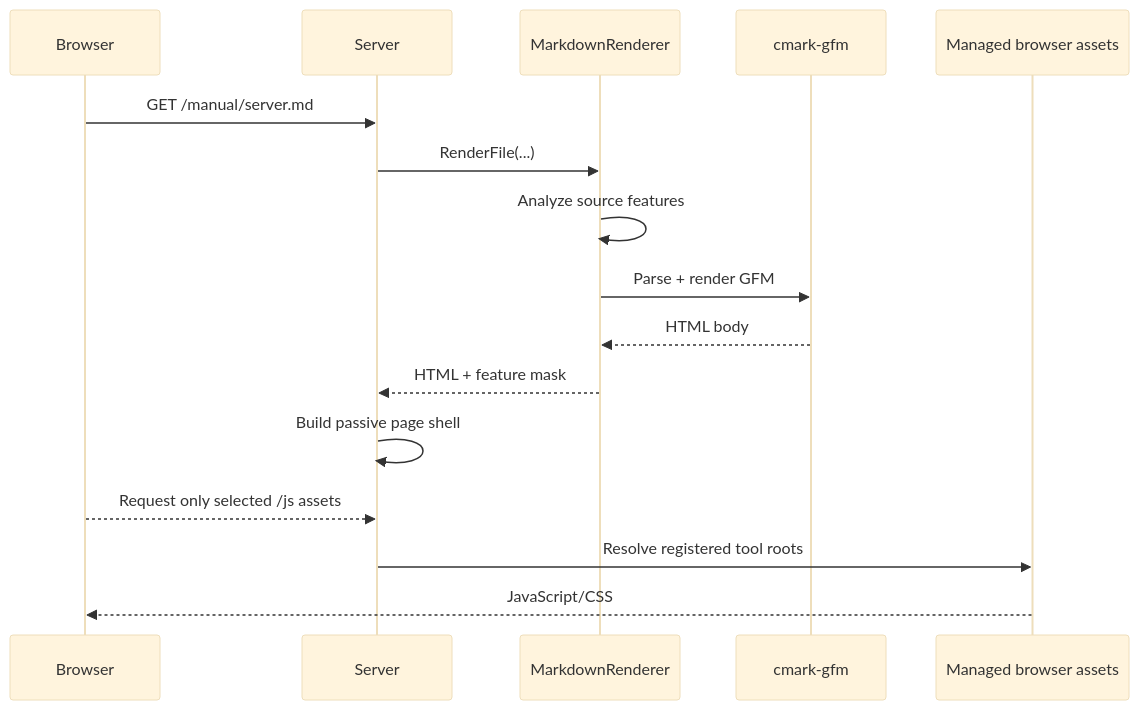
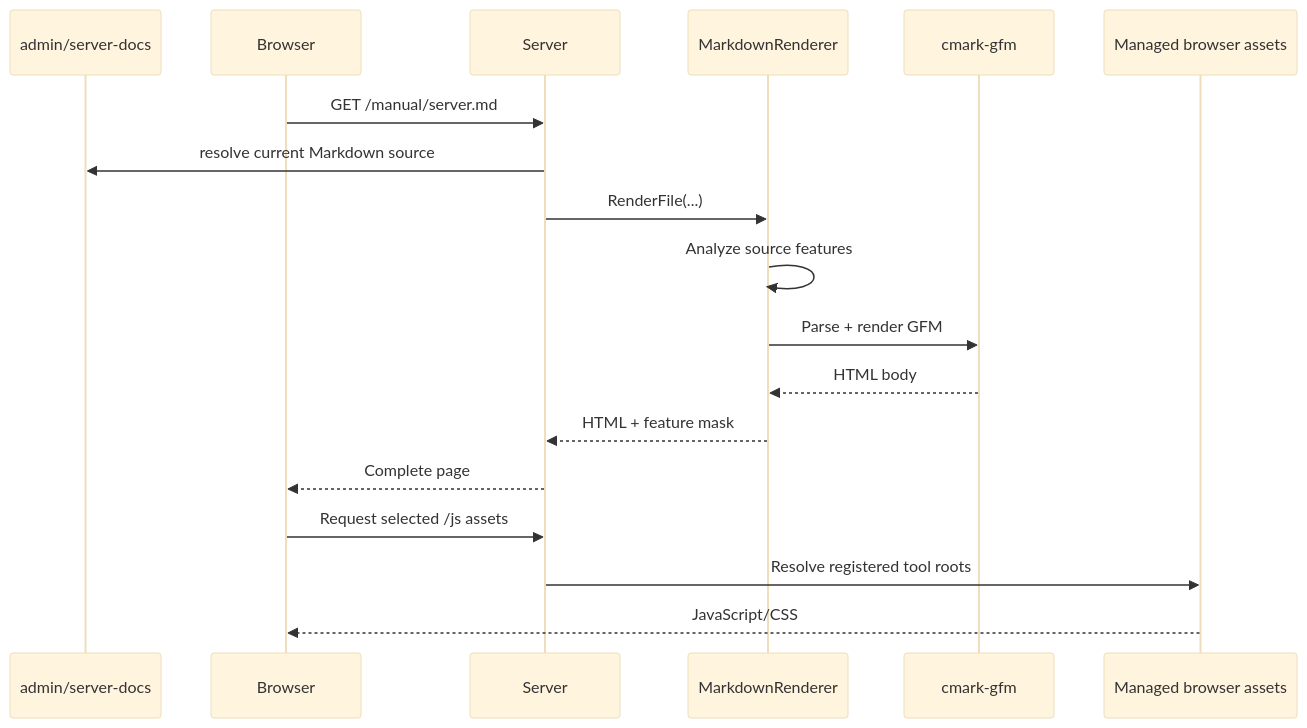
The second of 2 diagrams in admin/server-docs/server.md (adeccscholar/BuildEngine-Admin), drawn with Mermaid (base theme) before and after one commit. The commit also changed other lines of this file, not shown here.

Commit message:
Refine server documentation and live Markdown model

````diff
--- a/admin/server-docs/server.md
+++ b/admin/server-docs/server.md
@@ -159,19 +146,21 @@
 ```mermaid
 sequenceDiagram
+   participant Admin as admin/server-docs
    participant Browser
    participant Server
    participant Renderer as MarkdownRenderer
    participant CMark as cmark-gfm
    participant Assets as Managed browser assets
 
    Browser->>Server: GET /manual/server.md
+   Server->>Admin: resolve current Markdown source
    Server->>Renderer: RenderFile(...)
    Renderer->>Renderer: Analyze source features
    Renderer->>CMark: Parse + render GFM
    CMark-->>Renderer: HTML body
    Renderer-->>Server: HTML + feature mask
-   Server->>Server: Build passive page shell
-   Browser-->>Server: Request only selected /js assets
+   Server-->>Browser: Complete page
+   Browser->>Server: Request selected /js assets
    Server->>Assets: Resolve registered tool roots
    Assets-->>Browser: JavaScript/CSS
 ```
````
